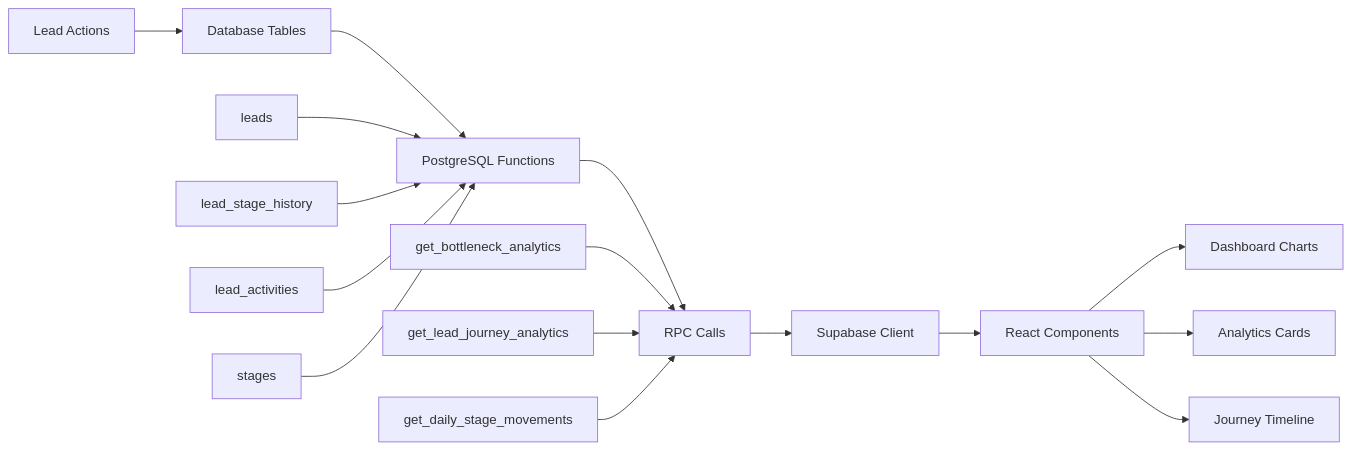
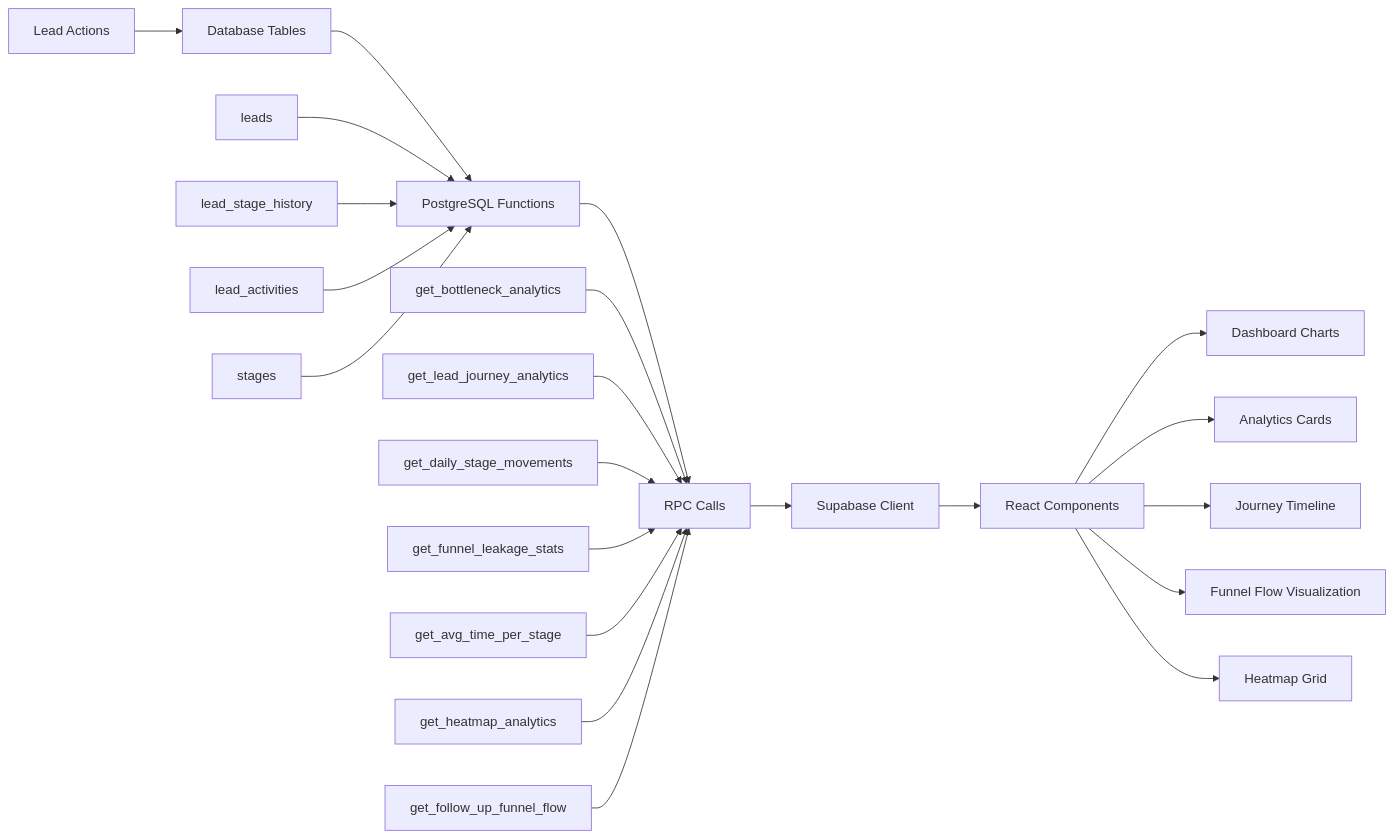
The fourth of 7 diagrams in DOCUMENTATION.md (luhur99/BKTSalesFunnel), drawn with Mermaid before and after one commit. The commit also changed other lines of this file and 8 other files, not shown here.

````diff
--- a/DOCUMENTATION.md
+++ b/DOCUMENTATION.md
@@ -113,21 +113,27 @@
 ```mermaid
 graph LR
     A[Lead Actions] --> B[Database Tables]
     B --> C[PostgreSQL Functions]
     C --> D[RPC Calls]
     D --> E[Supabase Client]
     E --> F[React Components]
     
     B1[leads] --> C
     B2[lead_stage_history] --> C
     B3[lead_activities] --> C
     B4[stages] --> C
     
     C1[get_bottleneck_analytics] --> D
     C2[get_lead_journey_analytics] --> D
     C3[get_daily_stage_movements] --> D
+    C4[get_funnel_leakage_stats] --> D
+    C5[get_avg_time_per_stage] --> D
+    C6[get_heatmap_analytics] --> D
+    C7[get_follow_up_funnel_flow] --> D
     
     F --> G[Dashboard Charts]
     F --> H[Analytics Cards]
     F --> I[Journey Timeline]
+    F --> J[Funnel Flow Visualization]
+    F --> K[Heatmap Grid]
 ```
````
